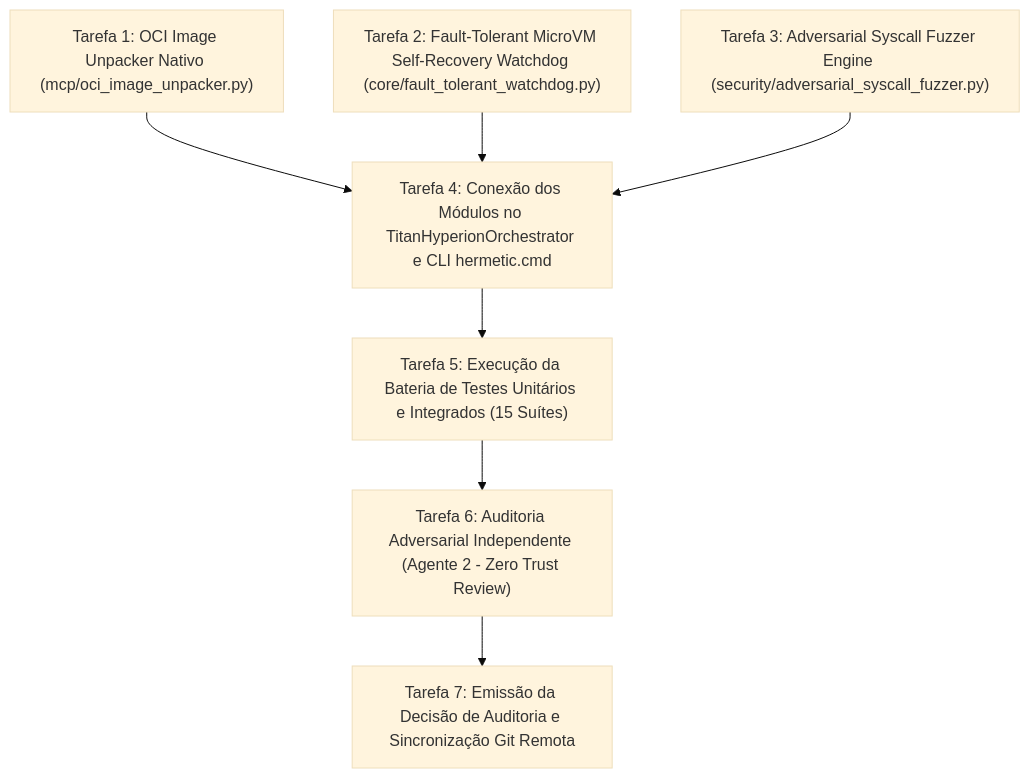
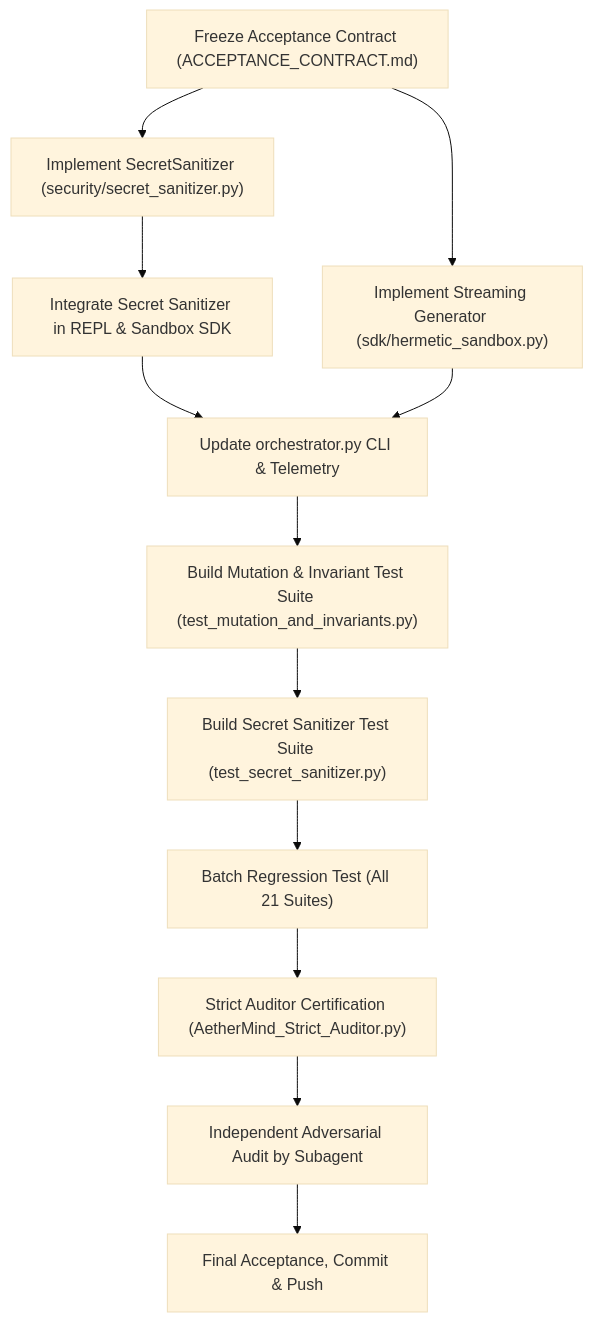
Before and after one commit to juan3861/hermetic-microvm-sandbox: the diagram in engineering_evidence/EXECUTION_ROADMAP.md, drawn with Mermaid (base theme). The commit also changed other lines of this file and 19 other files, not shown here.

Commit message:
feat(apex): v2.3.0 release with Active Secret Redaction, Real-Time Streaming Chunks, Mutation Testing Battery, and Dual-Agent V2 Certification (21/21 Suites)

````diff
--- a/engineering_evidence/EXECUTION_ROADMAP.md
+++ b/engineering_evidence/EXECUTION_ROADMAP.md
@@ -5,17 +9,13 @@
 ```mermaid
-graph TD
-    T1["Tarefa 1: OCI Image Unpacker Nativo (mcp/oci_image_unpacker.py)"]
-    T2["Tarefa 2: Fault-Tolerant MicroVM Self-Recovery Watchdog (core/fault_tolerant_watchdog.py)"]
-    T3["Tarefa 3: Adversarial Syscall Fuzzer Engine (security/adversarial_syscall_fuzzer.py)"]
-    T4["Tarefa 4: Conexão dos Módulos no TitanHyperionOrchestrator e CLI hermetic.cmd"]
-    T5["Tarefa 5: Execução da Bateria de Testes Unitários e Integrados (15 Suítes)"]
-    T6["Tarefa 6: Auditoria Adversarial Independente (Agente 2 - Zero Trust Review)"]
-    T7["Tarefa 7: Emissão da Decisão de Auditoria e Sincronização Git Remota"]
-
-    T1 --> T4
-    T2 --> T4
-    T3 --> T4
-    T4 --> T5
-    T5 --> T6
-    T6 --> T7
+flowchart TD
+    T0["Freeze Acceptance Contract (ACCEPTANCE_CONTRACT.md)"] --> T1["Implement SecretSanitizer (security/secret_sanitizer.py)"]
+    T1 --> T2["Integrate Secret Sanitizer in REPL & Sandbox SDK"]
+    T0 --> T3["Implement Streaming Generator (sdk/hermetic_sandbox.py)"]
+    T2 & T3 --> T4["Update orchestrator.py CLI & Telemetry"]
+    T4 --> T5["Build Mutation & Invariant Test Suite (test_mutation_and_invariants.py)"]
+    T5 --> T6["Build Secret Sanitizer Test Suite (test_secret_sanitizer.py)"]
+    T6 --> T7["Batch Regression Test (All 21 Suites)"]
+    T7 --> T8["Strict Auditor Certification (AetherMind_Strict_Auditor.py)"]
+    T8 --> T9["Independent Adversarial Audit by Subagent"]
+    T9 --> T10["Final Acceptance, Commit & Push"]
 ```
````
